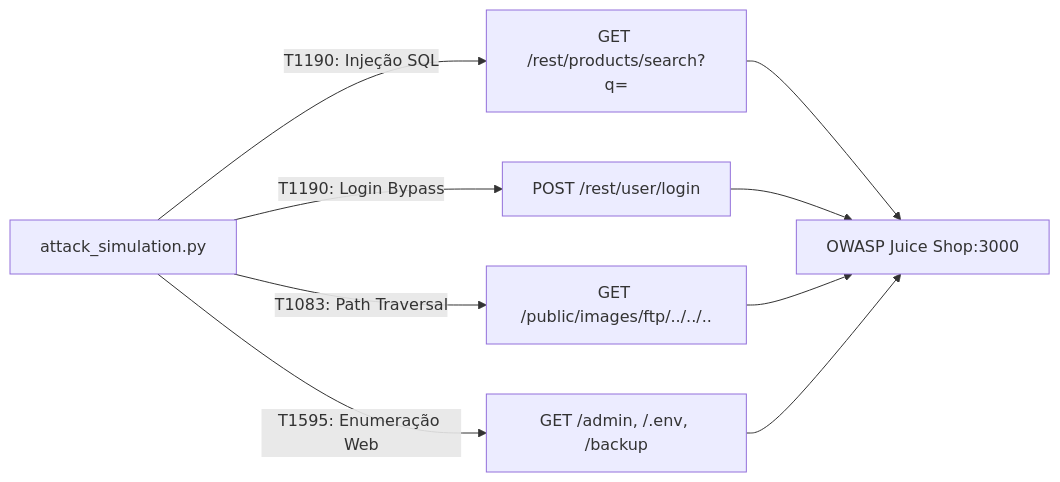
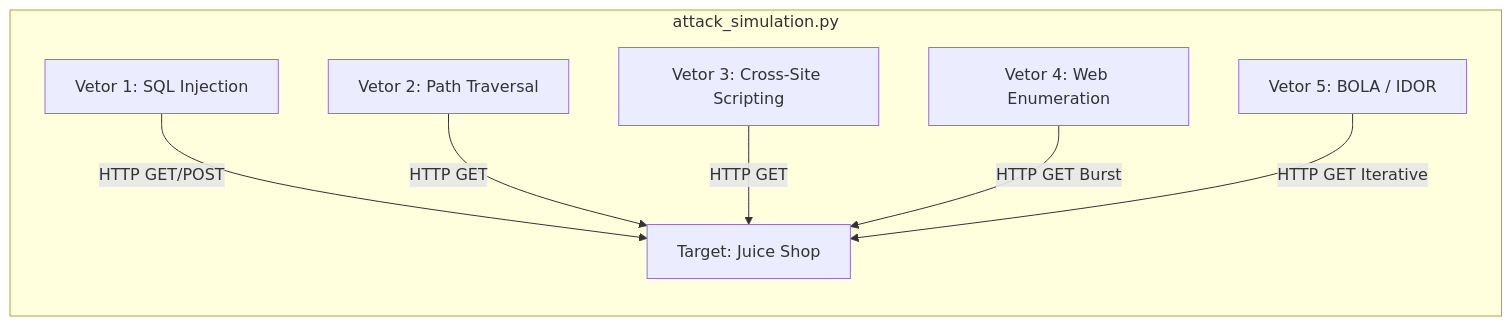
The diagram in docs/threat_simulation.md (Londrik/purple-team-homelab), drawn with Mermaid before and after one commit. The commit also changed other lines of this file and 4 other files, not shown here.

Commit message:
docs: formalize purple team engineering specs, mermaid topology, and detection metrics

````diff
--- a/docs/threat_simulation.md
+++ b/docs/threat_simulation.md
@@ -5,11 +5,10 @@
 ```mermaid
-graph LR
-    A[attack_simulation.py] -->|T1190: Injeção SQL| B[GET /rest/products/search?q=]
-    A -->|T1190: Login Bypass| C[POST /rest/user/login]
-    A -->|T1083: Path Traversal| D[GET /public/images/ftp/../../..]
-    A -->|T1595: Enumeração Web| E[GET /admin, /.env, /backup]
-    B --> F[OWASP Juice Shop:3000]
-    C --> F
-    D --> F
-    E --> F
+flowchart LR
+    subgraph Orchestrator[attack_simulation.py]
+        V1[Vetor 1: SQL Injection] -->|HTTP GET/POST| TGT[Target: Juice Shop]
+        V2[Vetor 2: Path Traversal] -->|HTTP GET| TGT
+        V3[Vetor 3: Cross-Site Scripting] -->|HTTP GET| TGT
+        V4[Vetor 4: Web Enumeration] -->|HTTP GET Burst| TGT
+        V5[Vetor 5: BOLA / IDOR] -->|HTTP GET Iterative| TGT
+    end
 ```
````
